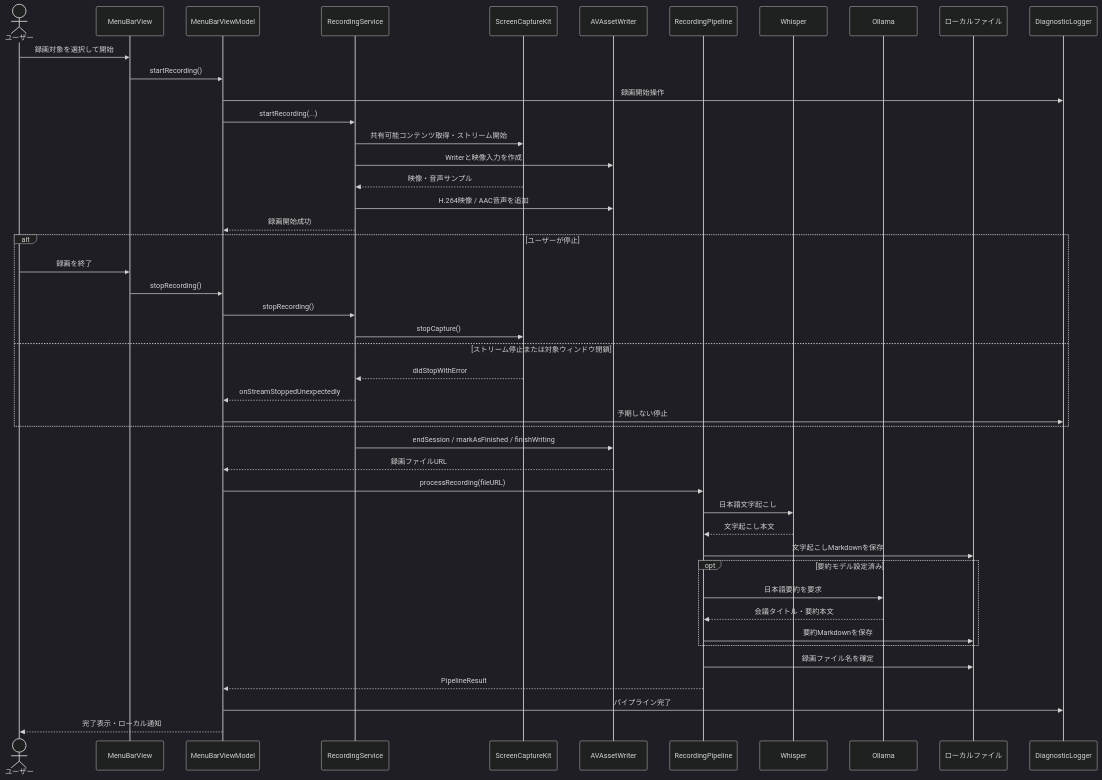
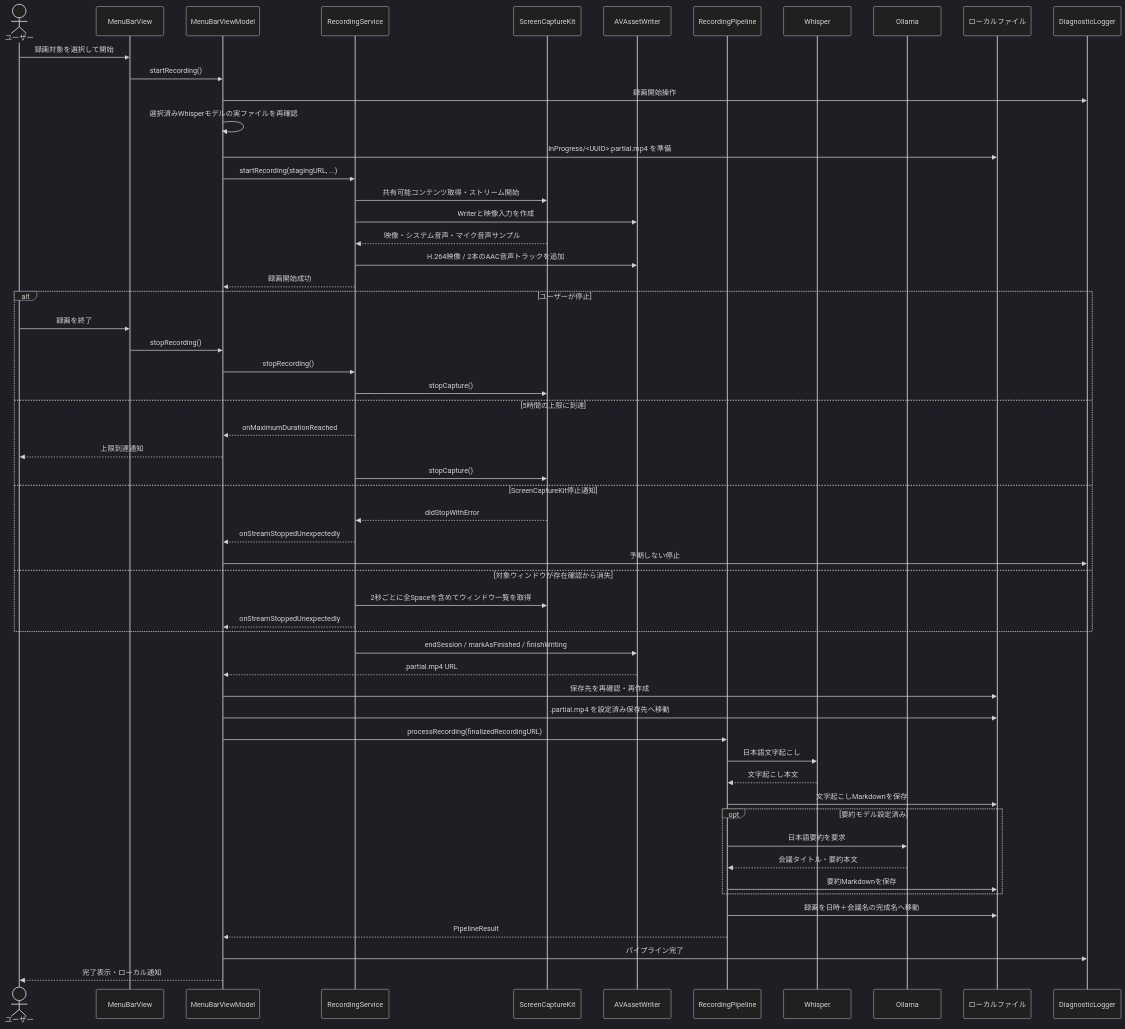
Before and after one commit to shu-pf/meeting-scribe: the second of 2 diagrams in internal-docs/application-lifecycle.md, drawn with Mermaid (dark theme). The commit also changed other lines of this file and 8 other files, not shown here.

````diff
--- a/internal-docs/application-lifecycle.md
+++ b/internal-docs/application-lifecycle.md
@@ -61,53 +72,64 @@
 ```mermaid
 sequenceDiagram
     actor User as ユーザー
     participant UI as MenuBarView
     participant VM as MenuBarViewModel
     participant RS as RecordingService
     participant SC as ScreenCaptureKit
     participant AW as AVAssetWriter
     participant PL as RecordingPipeline
     participant WH as Whisper
     participant OL as Ollama
     participant FS as ローカルファイル
     participant LOG as DiagnosticLogger
 
     User->>UI: 録画対象を選択して開始
     UI->>VM: startRecording()
     VM->>LOG: 録画開始操作
-    VM->>RS: startRecording(...)
+    VM->>VM: 選択済みWhisperモデルの実ファイルを再確認
+    VM->>FS: InProgress/<UUID>.partial.mp4 を準備
+    VM->>RS: startRecording(stagingURL, ...)
     RS->>SC: 共有可能コンテンツ取得・ストリーム開始
     RS->>AW: Writerと映像入力を作成
-    SC-->>RS: 映像・音声サンプル
-    RS->>AW: H.264映像 / AAC音声を追加
+    SC-->>RS: 映像・システム音声・マイク音声サンプル
+    RS->>AW: H.264映像 / 2本のAAC音声トラックを追加
     RS-->>VM: 録画開始成功
 
     alt ユーザーが停止
         User->>UI: 録画を終了
         UI->>VM: stopRecording()
         VM->>RS: stopRecording()
         RS->>SC: stopCapture()
-    else ストリーム停止または対象ウィンドウ閉鎖
+    else 5時間の上限に到達
+        RS-->>VM: onMaximumDurationReached
+        VM-->>User: 上限到達通知
+        RS->>SC: stopCapture()
+    else ScreenCaptureKit停止通知
         SC-->>RS: didStopWithError
         RS-->>VM: onStreamStoppedUnexpectedly
         VM->>LOG: 予期しない停止
+    else 対象ウィンドウが存在確認から消失
+        RS->>SC: 2秒ごとに全Spaceを含めてウィンドウ一覧を取得
+        RS-->>VM: onStreamStoppedUnexpectedly
     end
 
     RS->>AW: endSession / markAsFinished / finishWriting
-    AW-->>VM: 録画ファイルURL
-    VM->>PL: processRecording(fileURL)
+    AW-->>VM: .partial.mp4 URL
+    VM->>FS: 保存先を再確認・再作成
+    VM->>FS: .partial.mp4 を設定済み保存先へ移動
+    VM->>PL: processRecording(finalizedRecordingURL)
     PL->>WH: 日本語文字起こし
     WH-->>PL: 文字起こし本文
     PL->>FS: 文字起こしMarkdownを保存
 
     opt 要約モデル設定済み
         PL->>OL: 日本語要約を要求
         OL-->>PL: 会議タイトル・要約本文
         PL->>FS: 要約Markdownを保存
     end
 
-    PL->>FS: 録画ファイル名を確定
+    PL->>FS: 録画を日時＋会議名の完成名へ移動
     PL-->>VM: PipelineResult
     VM->>LOG: パイプライン完了
     VM-->>User: 完了表示・ローカル通知
 ```
````
